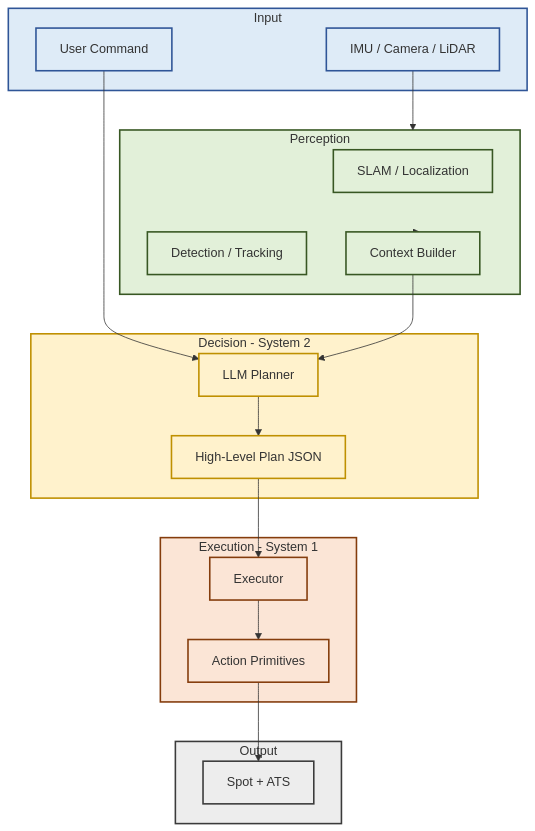
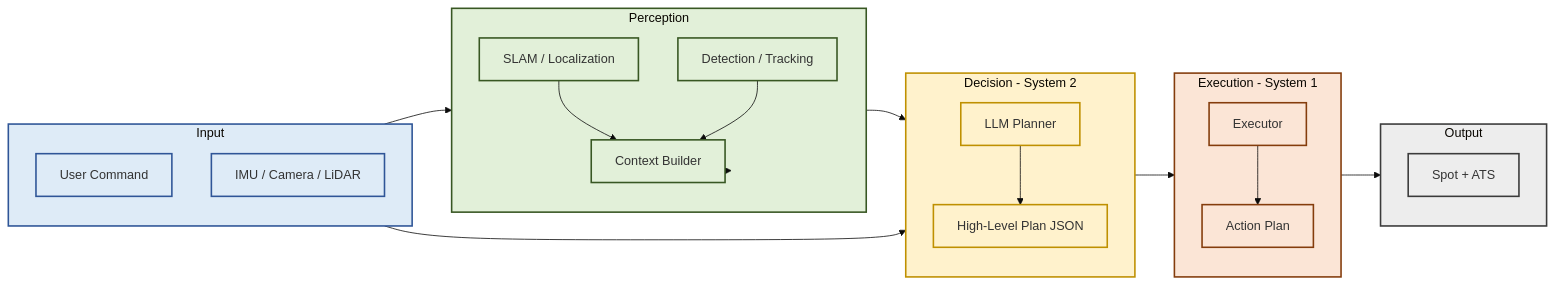
Before and after one commit to myoungjelee/RB_SpotATS_System: the first of 2 diagrams in README.md, drawn with Mermaid.

Commit message:
docs: README mermaid 수정

````diff
--- a/README.md
+++ b/README.md
@@ -9,52 +9,63 @@
 ```mermaid
-graph TD
+graph LR
+%% --- 전역 설정 ---
+%%{init: {'theme': 'base', 'themeVariables': { 'nodeSpacing': 50, 'rankSpacing': 40}}}%%
+
 %% --- 계층별 스타일 설정 ---
 classDef input fill:#DEEBF7,stroke:#2F5597,stroke-width:2px
 classDef perception fill:#E2F0D9,stroke:#385723,stroke-width:2px
 classDef decision fill:#FFF2CC,stroke:#BF9000,stroke-width:2px
 classDef control fill:#FBE5D6,stroke:#843C0C,stroke-width:2px
 classDef output fill:#EDEDED,stroke:#3B3B3B,stroke-width:2px
 
 %% --- 1단계: 입력 ---
 subgraph STAGE_1 [Input]
+    direction TB
     User[User Command]
     Sensors[IMU / Camera / LiDAR]
 end
 
 %% --- 2단계: 인지 ---
 subgraph STAGE_2 [Perception]
+    direction TB
     SLAM[SLAM / Localization]
     Vision[Detection / Tracking]
     Context[Context Builder]
 end
 
 %% --- 3단계: 판단 ---
 subgraph STAGE_3 [Decision - System 2]
+    direction TB
     Planner[LLM Planner]
     Plan[High-Level Plan JSON]
 end
 
 %% --- 4단계: 실행 ---
 subgraph STAGE_4 [Execution - System 1]
+    direction TB
     Executor[Executor]
-    Actions[Action Primitives]
+    Actions[Action Plan]
 end
 
 %% --- 5단계: 출력 ---
 subgraph STAGE_5 [Output]
+    direction TB
     Robot[Spot + ATS]
 end
 
 %% --- 흐름 ---
 User --> Planner
-Sensors --> STAGE_2
+Sensors --> SLAM
+SLAM --> Context
+Vision --> Context
 STAGE_2 --> Context --> Planner
 Planner --> Plan --> Executor
 Executor --> Actions --> Robot
 
+%% 스타일 적용
 class STAGE_1,User,Sensors input
 class STAGE_2,SLAM,Vision,Context perception
 class STAGE_3,Planner,Plan decision
 class STAGE_4,Executor,Actions control
 class STAGE_5,Robot output
 ```
````
